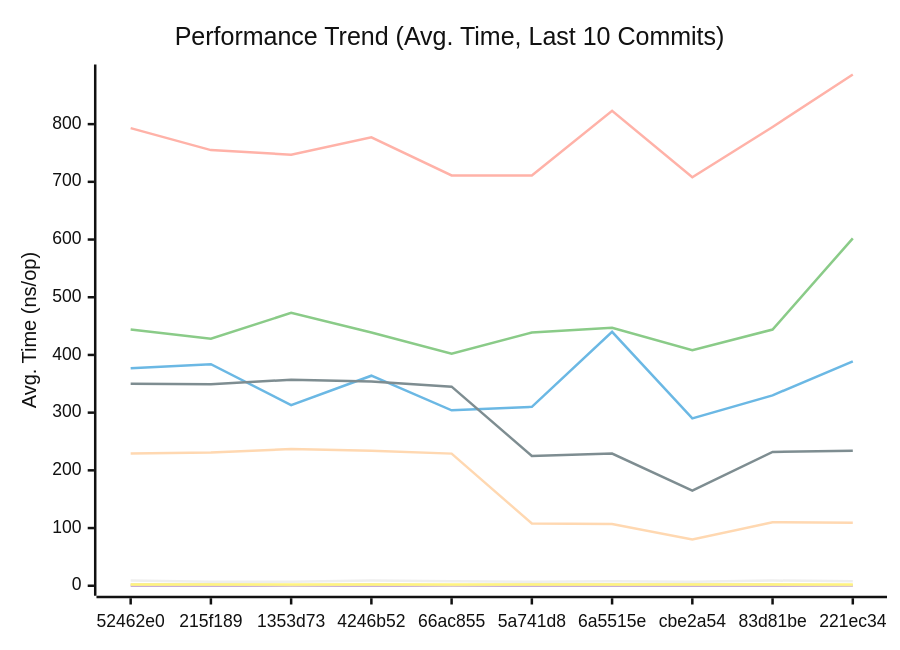
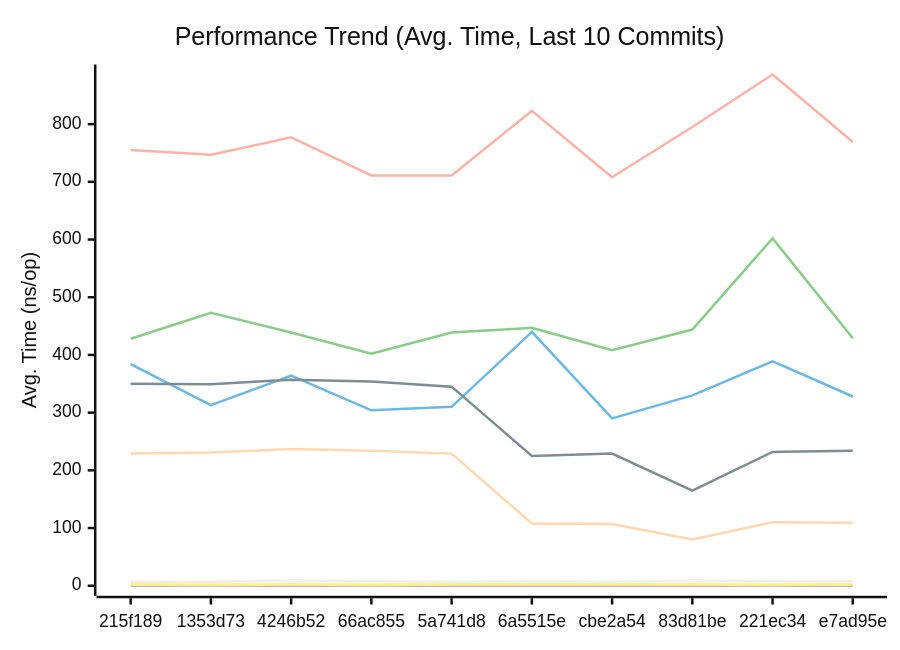
The first of 3 diagrams in docs/PERFORMANCE.md (alsotoes/momo), drawn with Mermaid (neutral theme) before and after one commit. The commit also changed other lines of this file and 2 other files, not shown here.

````diff
--- a/docs/PERFORMANCE.md
+++ b/docs/PERFORMANCE.md
@@ -80,16 +80,16 @@
 ```mermaid
 xychart-beta
     title "Performance Trend (Avg. Time, Last 10 Commits)"
     x-axis "Commit"
     y-axis "Avg. Time (ns/op)"
-    x-axis [52462e0,215f189,1353d73,4246b52,66ac855,5a741d8,6a5515e,cbe2a54,83d81be,221ec34]
-    line "CheckMetricsAndSwap" [9,7,7,9,8,7,8,7,9,8]
-    line "CrushOptimized" [377,384,313,364,304,310,440,290,330,389]
-    line "CrushOriginal" [444,428,473,439,402,439,447,408,444,602]
+    x-axis [215f189,1353d73,4246b52,66ac855,5a741d8,6a5515e,cbe2a54,83d81be,221ec34,e7ad95e]
+    line "CheckMetricsAndSwap" [7,7,9,8,7,8,7,9,8,8]
+    line "CrushOptimized" [384,313,364,304,310,440,290,330,389,328]
+    line "CrushOriginal" [428,473,439,402,439,447,408,444,602,429]
     line "IndexDirectTracking" [0,0,0,0,0,0,0,0,0,0]
-    line "IndexSearch" [2,2,1,2,1,2,2,2,2,1]
-    line "LoadGlobalConfig" [793,755,747,777,711,711,823,708,795,886]
+    line "IndexSearch" [2,1,2,1,2,2,2,2,1,2]
+    line "LoadGlobalConfig" [755,747,777,711,711,823,708,795,886,769]
     line "PadString" [2,2,2,2,2,2,2,2,2,2]
     line "ParseReplicationOrder_NoPrealloc" [350,349,357,354,345,225,229,165,232,234]
     line "ParseReplicationOrder_Prealloc" [229,231,237,234,229,108,107,80,110,109]
 ```
````
